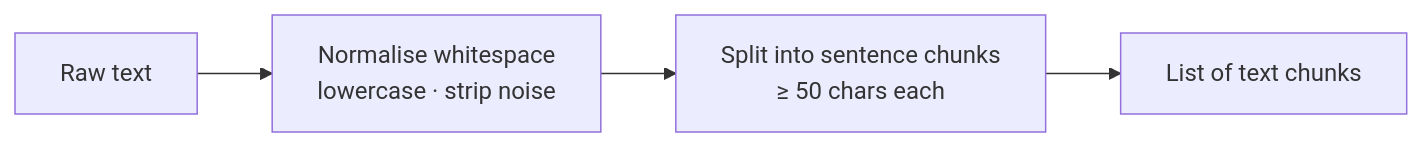
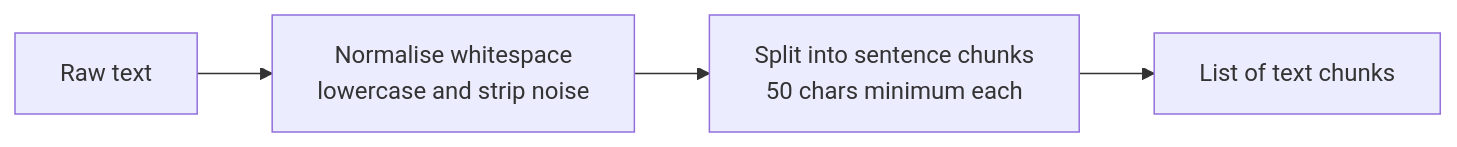
The fifth of 13 diagrams in README.md (securitywithhem/vaultiq), drawn with Mermaid before and after one commit. The commit also changed other lines of this file, not shown here.

````diff
--- a/README.md
+++ b/README.md
@@ -283,6 +360,6 @@
 ```mermaid
 flowchart LR
-    Raw[Raw text] --> Clean[Normalise whitespace\nlowercase · strip noise]
-    Clean --> Split[Split into sentence chunks\n≥ 50 chars each]
-    Split --> Chunks[List of text chunks]
+    Raw["Raw text"] --> Clean["Normalise whitespace<br/>lowercase and strip noise"]
+    Clean --> Split["Split into sentence chunks<br/>50 chars minimum each"]
+    Split --> Chunks["List of text chunks"]
 ```
````
